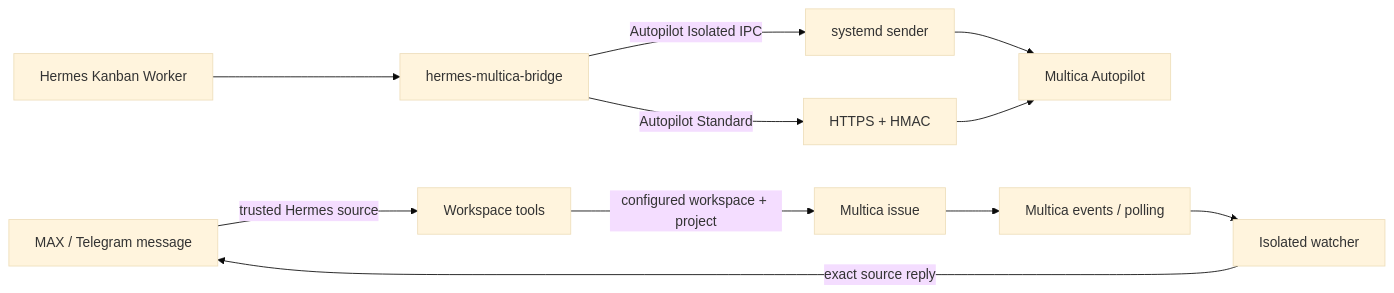
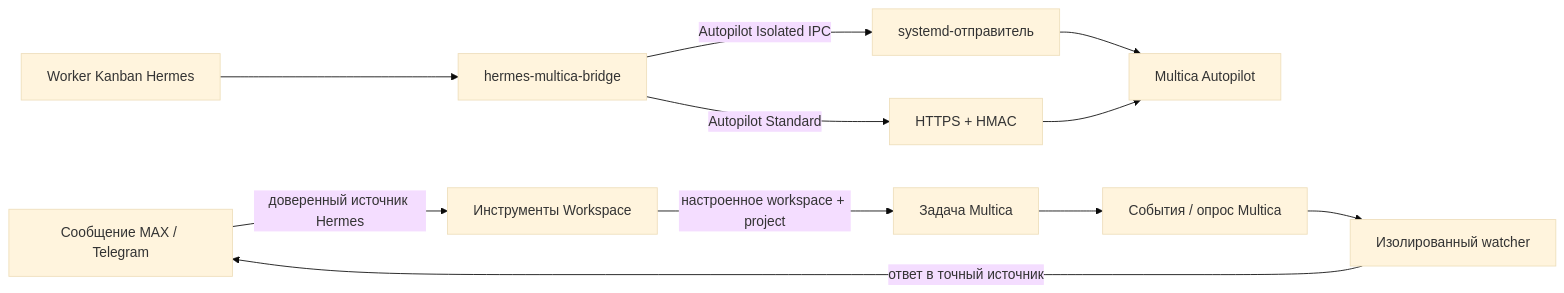
The diagram in README-RU.md (teknokomo/hermes-multica-bridge), drawn with Mermaid (base theme) before and after one commit. The commit also changed other lines of this file, not shown here.

````diff
--- a/README-RU.md
+++ b/README-RU.md
@@ -50,13 +50,13 @@
 ```mermaid
 flowchart LR
-  K[Hermes Kanban Worker] --> P[hermes-multica-bridge]
+  K[Worker Kanban Hermes] --> P[hermes-multica-bridge]
   P -->|Autopilot Standard| H[HTTPS + HMAC]
-  P -->|Autopilot Isolated IPC| S[systemd sender]
+  P -->|Autopilot Isolated IPC| S[systemd-отправитель]
   S --> M[Multica Autopilot]
   H --> M
-  C[MAX / Telegram message] -->|trusted Hermes source| W[Workspace tools]
-  W -->|configured workspace + project| I[Multica issue]
-  I --> E[Multica events / polling]
-  E --> X[Isolated watcher]
-  X -->|exact source reply| C
+  C[Сообщение MAX / Telegram] -->|доверенный источник Hermes| W[Инструменты Workspace]
+  W -->|настроенное workspace + project| I[Задача Multica]
+  I --> E[События / опрос Multica]
+  E --> X[Изолированный watcher]
+  X -->|ответ в точный источник| C
 ```
````
